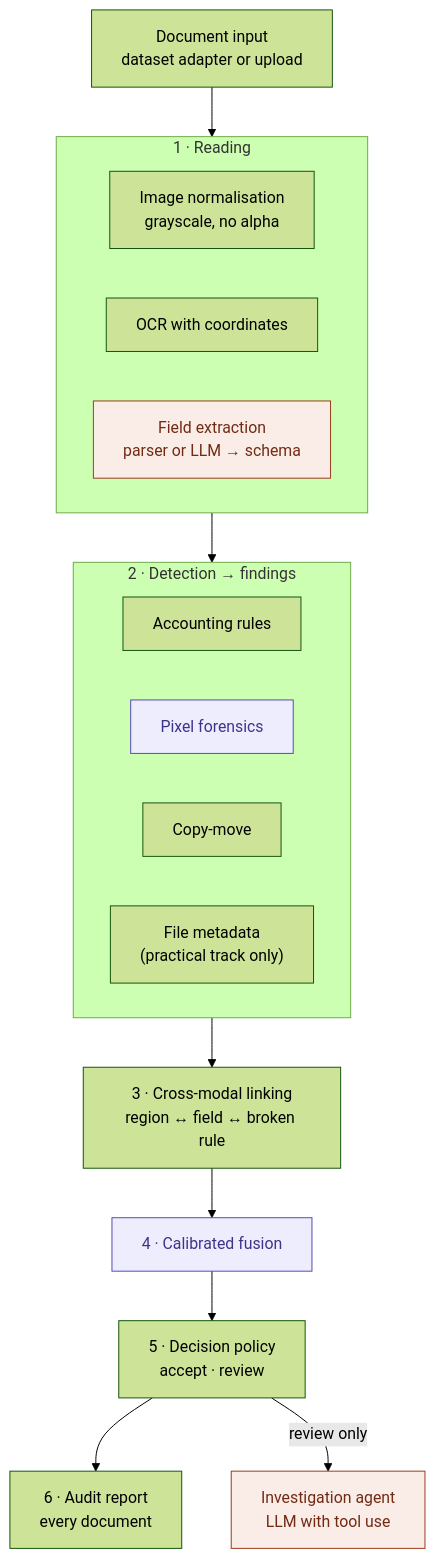
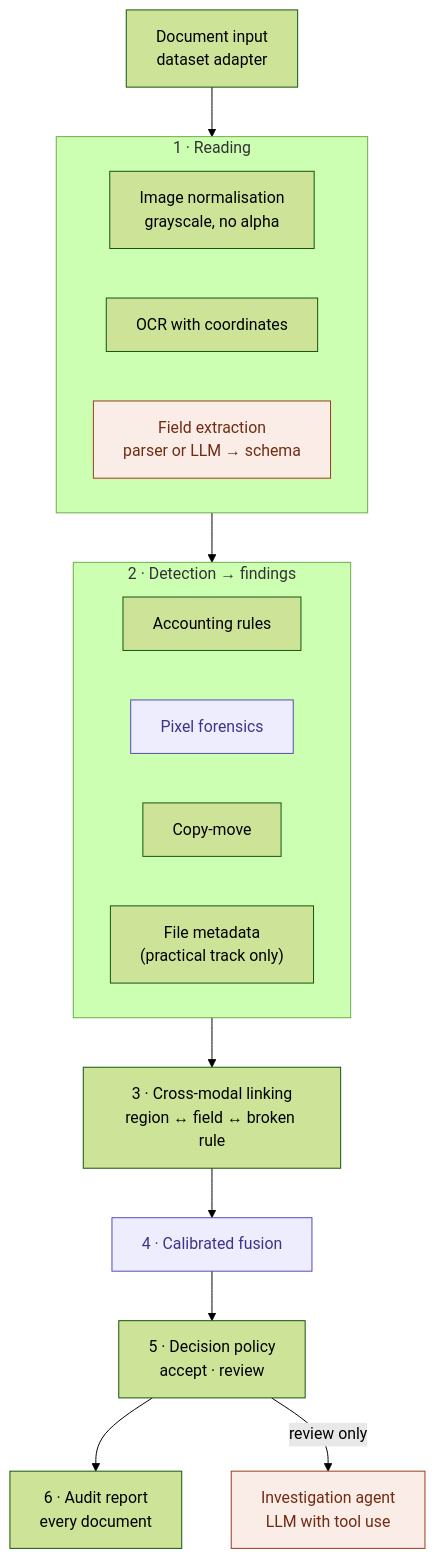
One commit to sadikemreikiz/financial-document-fraud-detection changed the diagram in docs/architecture.md. Above: the diagram before and after it, drawn with Mermaid (forest theme). The commit also changed other lines of this file and 4 other files, not shown here.

Commit message:
docs(decisions): ADR-0036, the charter's HTTP API is not built and a command for a single receipt is left for later; the charter and the architecture amended

````diff
--- a/docs/architecture.md
+++ b/docs/architecture.md
@@ -28,30 +28,30 @@
 ```mermaid
 flowchart TD
-    IN["Document input<br/>dataset adapter or upload"] --> READ
+    IN["Document input<br/>dataset adapter"] --> READ
 
     subgraph READ["1 · Reading"]
         NORM["Image normalisation<br/>grayscale, no alpha"]
         OCR["OCR with coordinates"]
         EXT["Field extraction<br/>parser or LLM → schema"]
     end
 
     READ --> DETECT
 
     subgraph DETECT["2 · Detection → findings"]
         ARI["Accounting rules"]
         FOR["Pixel forensics"]
         CMV["Copy-move"]
         META["File metadata<br/>(practical track only)"]
     end
 
     DETECT --> LINK["3 · Cross-modal linking<br/>region ↔ field ↔ broken rule"]
     LINK --> FUS["4 · Calibrated fusion"]
     FUS --> POL["5 · Decision policy<br/>accept · review"]
     POL --> REP["6 · Audit report<br/>every document"]
     POL -->|review only| AGENT["Investigation agent<br/>LLM with tool use"]
 
     classDef llm fill:#FAECE7,stroke:#993C1D,color:#712B13
     classDef learned fill:#EEEDFE,stroke:#534AB7,color:#3C3489
     class EXT,AGENT llm
     class FOR,FUS learned
 ```
````
